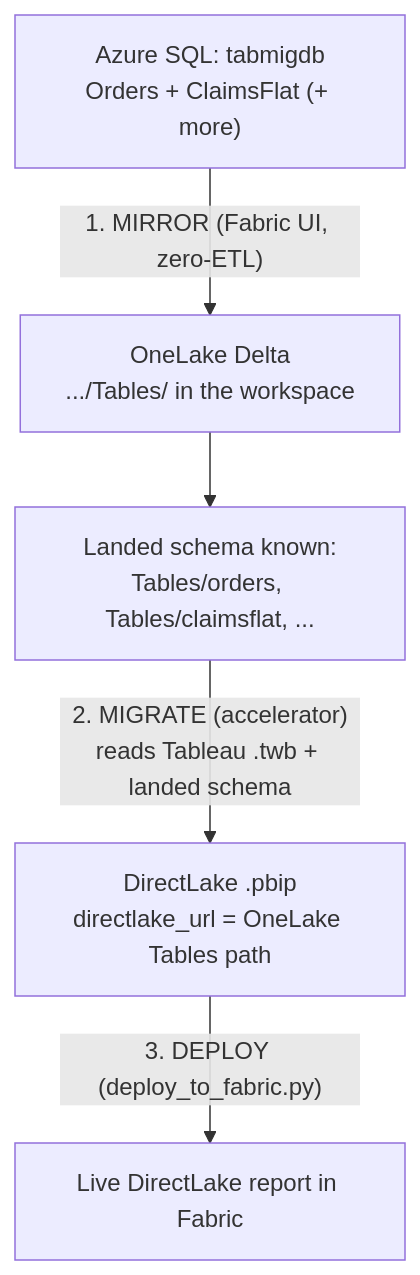
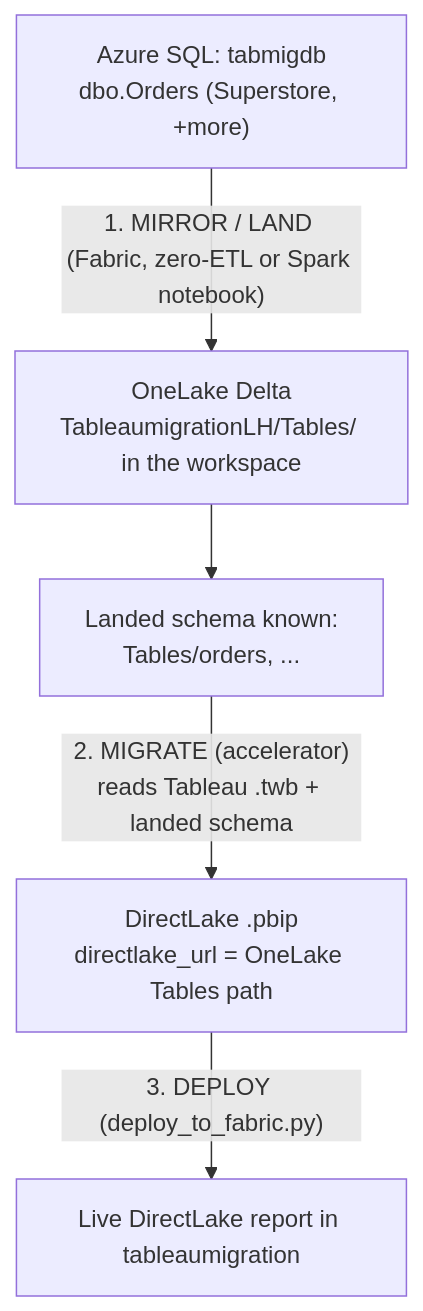
The diagram in docs/directlake-mirroring-flow.md (rasgiza/tableau-migration-accelerator), drawn with Mermaid before and after one commit. The commit also changed other lines of this file, not shown here.

First line of the commit message:
docs(directlake): require pre-created workspace + lakehouse before running; point demo env at tableaumigration/TableaumigrationLH

````diff
--- a/docs/directlake-mirroring-flow.md
+++ b/docs/directlake-mirroring-flow.md
@@ -31,7 +44,7 @@
 ```mermaid
 flowchart TD
-    A["Azure SQL: tabmigdb<br/>Orders + ClaimsFlat (+ more)"] -->|"1. MIRROR (Fabric UI, zero-ETL)"| B["OneLake Delta<br/>.../Tables/ in the workspace"]
-    B --> S["Landed schema known:<br/>Tables/orders, Tables/claimsflat, ..."]
+    A["Azure SQL: tabmigdb<br/>dbo.Orders (Superstore, +more)"] -->|"1. MIRROR / LAND (Fabric, zero-ETL or Spark notebook)"| B["OneLake Delta<br/>TableaumigrationLH/Tables/ in the workspace"]
+    B --> S["Landed schema known:<br/>Tables/orders, ..."]
     S -->|"2. MIGRATE (accelerator)<br/>reads Tableau .twb + landed schema"| G["DirectLake .pbip<br/>directlake_url = OneLake Tables path"]
-    G -->|"3. DEPLOY (deploy_to_fabric.py)"| D["Live DirectLake report in Fabric"]
+    G -->|"3. DEPLOY (deploy_to_fabric.py)"| D["Live DirectLake report in tableaumigration"]
 ```
````
